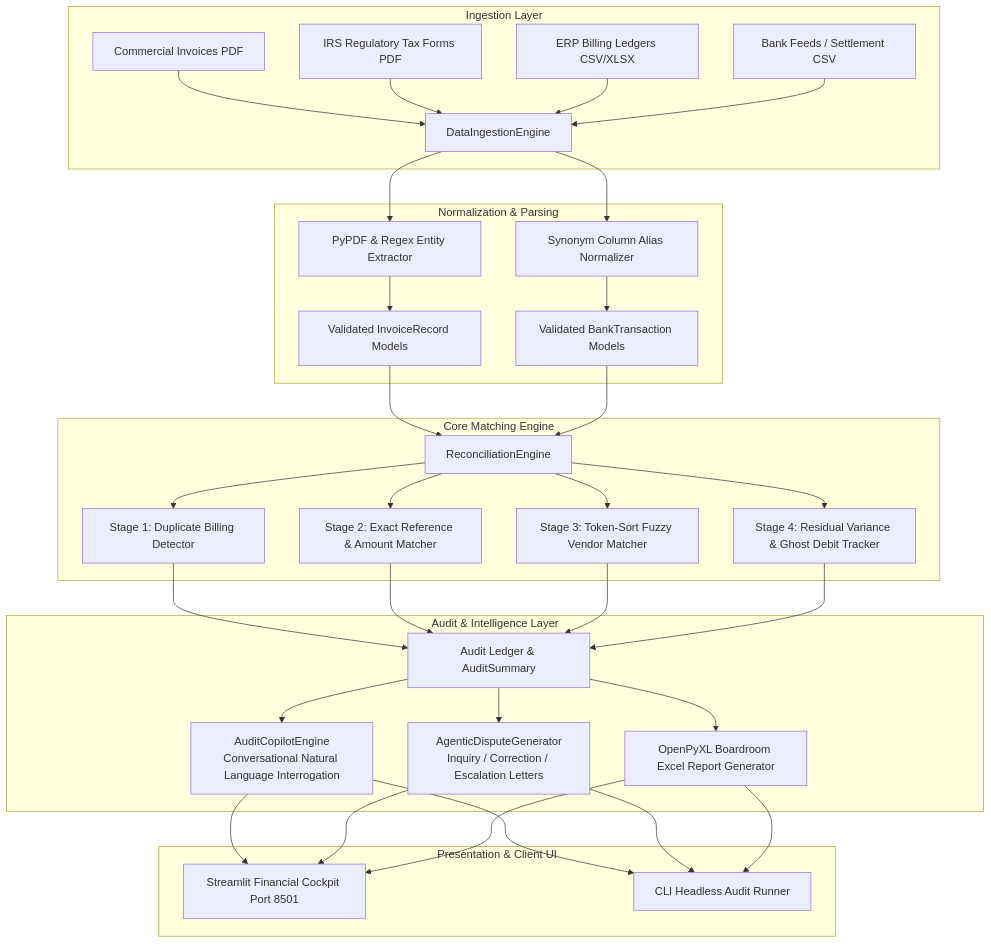
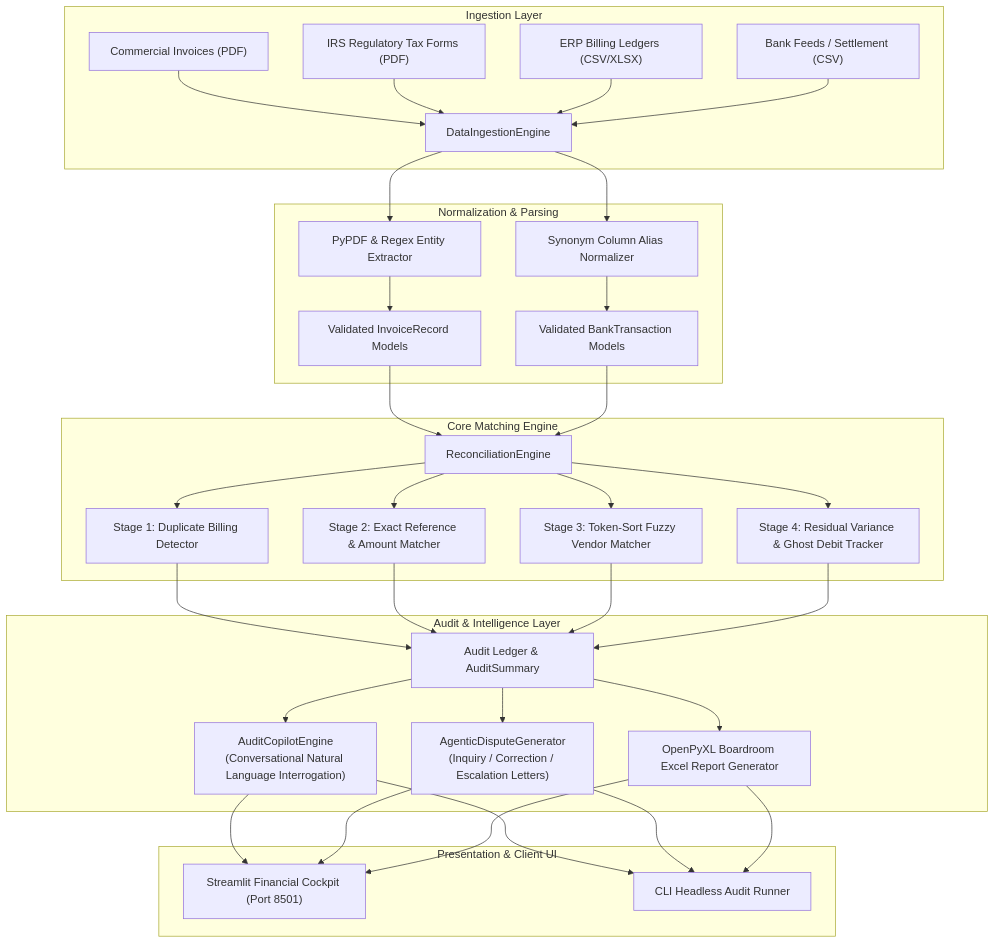
Before and after one commit to anujmundu/autorecon-enterprise: the diagram in ARCHITECTURE.md, drawn with Mermaid. The commit also changed 1 other file, not shown here.

Commit message:
fix(docs): format Mermaid diagram node quotes for GitHub rendering

````diff
--- a/ARCHITECTURE.md
+++ b/ARCHITECTURE.md
@@ -10,36 +10,44 @@
 ```mermaid
-graph TD
-    subgraph Ingestion Layer
-        A1[Commercial Invoices PDF] --> B[DataIngestionEngine]
-        A2[IRS Regulatory Tax Forms PDF] --> B
-        A3[ERP Billing Ledgers CSV/XLSX] --> B
-        A4[Bank Feeds / Settlement CSV] --> B
+flowchart TD
+    subgraph Ingestion["Ingestion Layer"]
+        A1["Commercial Invoices (PDF)"] --> B["DataIngestionEngine"]
+        A2["IRS Regulatory Tax Forms (PDF)"] --> B
+        A3["ERP Billing Ledgers (CSV/XLSX)"] --> B
+        A4["Bank Feeds / Settlement (CSV)"] --> B
     end
 
-    subgraph Normalization & Parsing
-        B --> C1[PyPDF & Regex Entity Extractor]
-        B --> C2[Synonym Column Alias Normalizer]
-        C1 --> D1[Validated InvoiceRecord Models]
-        C2 --> D2[Validated BankTransaction Models]
+    subgraph Normalization["Normalization & Parsing"]
+        B --> C1["PyPDF & Regex Entity Extractor"]
+        B --> C2["Synonym Column Alias Normalizer"]
+        C1 --> D1["Validated InvoiceRecord Models"]
+        C2 --> D2["Validated BankTransaction Models"]
     end
 
-    subgraph Core Matching Engine
-        D1 & D2 --> E[ReconciliationEngine]
-        E --> S1[Stage 1: Duplicate Billing Detector]
-        E --> S2[Stage 2: Exact Reference & Amount Matcher]
-        E --> S3[Stage 3: Token-Sort Fuzzy Vendor Matcher]
-        E --> S4[Stage 4: Residual Variance & Ghost Debit Tracker]
+    subgraph CoreMatching["Core Matching Engine"]
+        D1 --> E["ReconciliationEngine"]
+        D2 --> E
+        E --> S1["Stage 1: Duplicate Billing Detector"]
+        E --> S2["Stage 2: Exact Reference & Amount Matcher"]
+        E --> S3["Stage 3: Token-Sort Fuzzy Vendor Matcher"]
+        E --> S4["Stage 4: Residual Variance & Ghost Debit Tracker"]
     end
 
-    subgraph Audit & Intelligence Layer
-        S1 & S2 & S3 & S4 --> F1[Audit Ledger & AuditSummary]
-        F1 --> G1[AuditCopilotEngine<br/>Conversational Natural Language Interrogation]
-        F1 --> G2[AgenticDisputeGenerator<br/>Inquiry / Correction / Escalation Letters]
-        F1 --> G3[OpenPyXL Boardroom Excel Report Generator]
+    subgraph AuditLayer["Audit & Intelligence Layer"]
+        S1 --> F1["Audit Ledger & AuditSummary"]
+        S2 --> F1
+        S3 --> F1
+        S4 --> F1
+        F1 --> G1["AuditCopilotEngine<br/>(Conversational Natural Language Interrogation)"]
+        F1 --> G2["AgenticDisputeGenerator<br/>(Inquiry / Correction / Escalation Letters)"]
+        F1 --> G3["OpenPyXL Boardroom Excel Report Generator"]
     end
 
-    subgraph Presentation & Client UI
-        G1 & G2 & G3 --> H1[Streamlit Financial Cockpit Port 8501]
-        G1 & G2 & G3 --> H2[CLI Headless Audit Runner]
+    subgraph Presentation["Presentation & Client UI"]
+        G1 --> H1["Streamlit Financial Cockpit (Port 8501)"]
+        G2 --> H1
+        G3 --> H1
+        G1 --> H2["CLI Headless Audit Runner"]
+        G2 --> H2
+        G3 --> H2
     end
 ```
````
